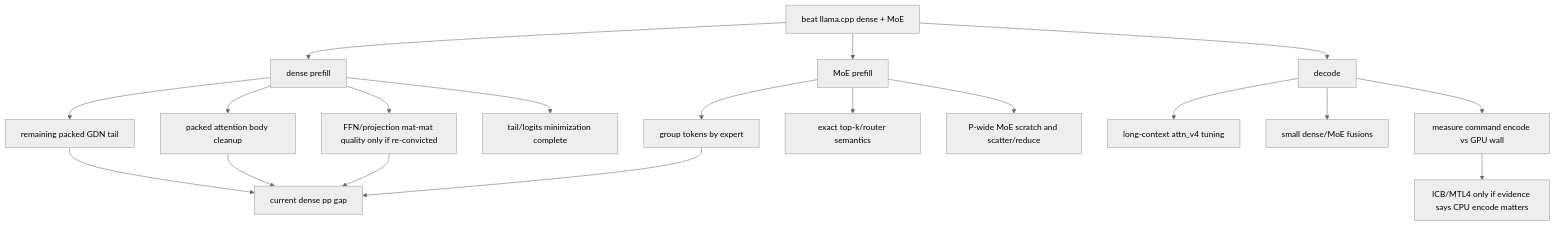
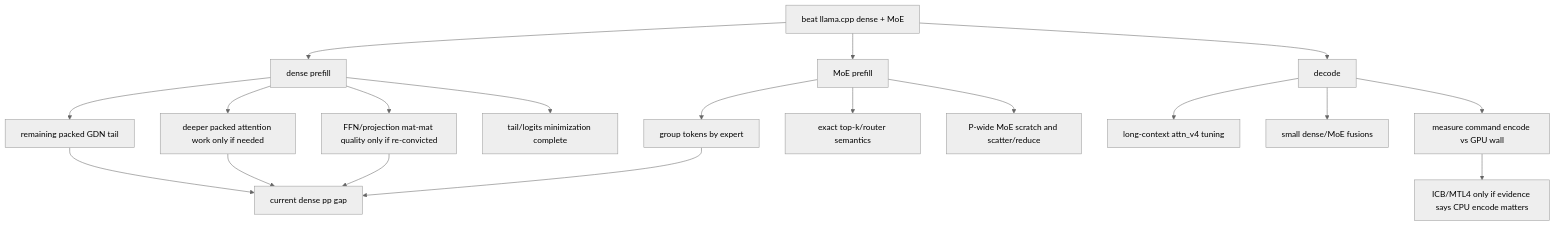
One commit to brittlewis12/qwen-llm changed the ninth of 9 diagrams in docs/INFERENCE-GRAPH.md. Above: the diagram before and after it, drawn with Mermaid (neutral theme). The commit also changed other lines of this file and 5 other files, not shown here.

````diff
--- a/docs/INFERENCE-GRAPH.md
+++ b/docs/INFERENCE-GRAPH.md
@@ -340,25 +343,25 @@
 ```mermaid
 flowchart TD
     Goal[beat llama.cpp dense + MoE] --> DensePrefill[dense prefill]
     Goal --> MoEPrefill[MoE prefill]
     Goal --> Decode[decode]
 
-    DensePrefill --> AttnBody[packed attention body cleanup]
     DensePrefill --> GDNBody[remaining packed GDN tail]
+    DensePrefill --> AttnBody[deeper packed attention work only if needed]
     DensePrefill --> FFNMM[FFN/projection mat-mat quality only if re-convicted]
     DensePrefill --> TailSkip[tail/logits minimization complete]
 
     MoEPrefill --> GroupExperts[group tokens by expert]
     MoEPrefill --> RouteSemantics[exact top-k/router semantics]
     MoEPrefill --> ScratchShape[P-wide MoE scratch and scatter/reduce]
 
     Decode --> AttnV4[long-context attn_v4 tuning]
     Decode --> Fusions[small dense/MoE fusions]
     Decode --> EncodeOverhead[measure command encode vs GPU wall]
 
     GDNBody --> CurrentGap[current dense pp gap]
     AttnBody --> CurrentGap
     FFNMM --> CurrentGap
     GroupExperts --> CurrentGap
     EncodeOverhead --> ICB[ICB/MTL4 only if evidence says CPU encode matters]
 ```
````
